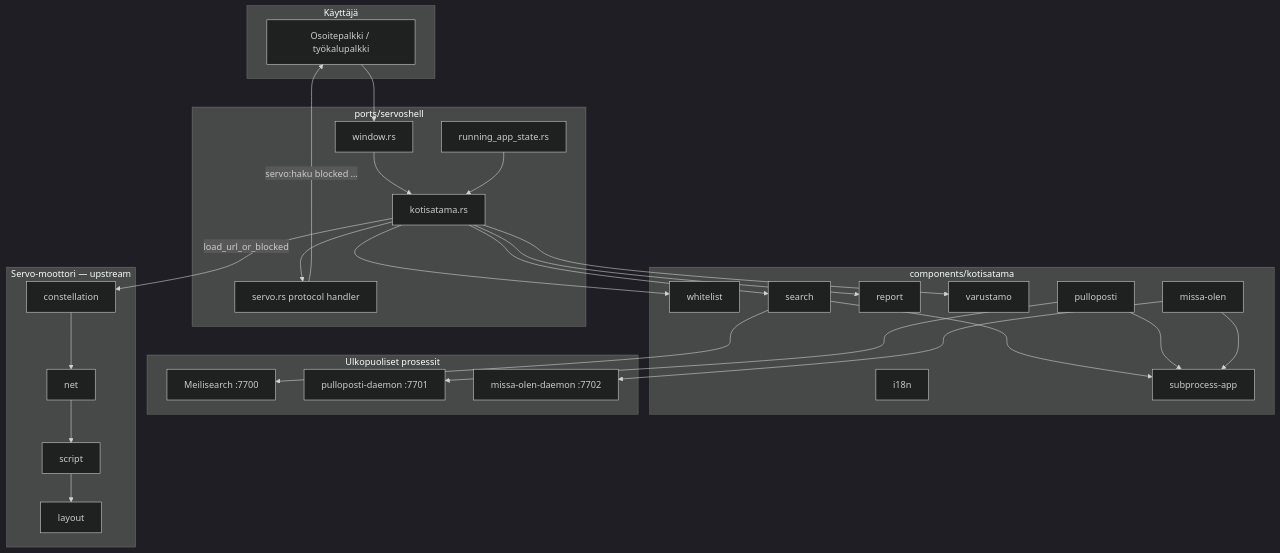
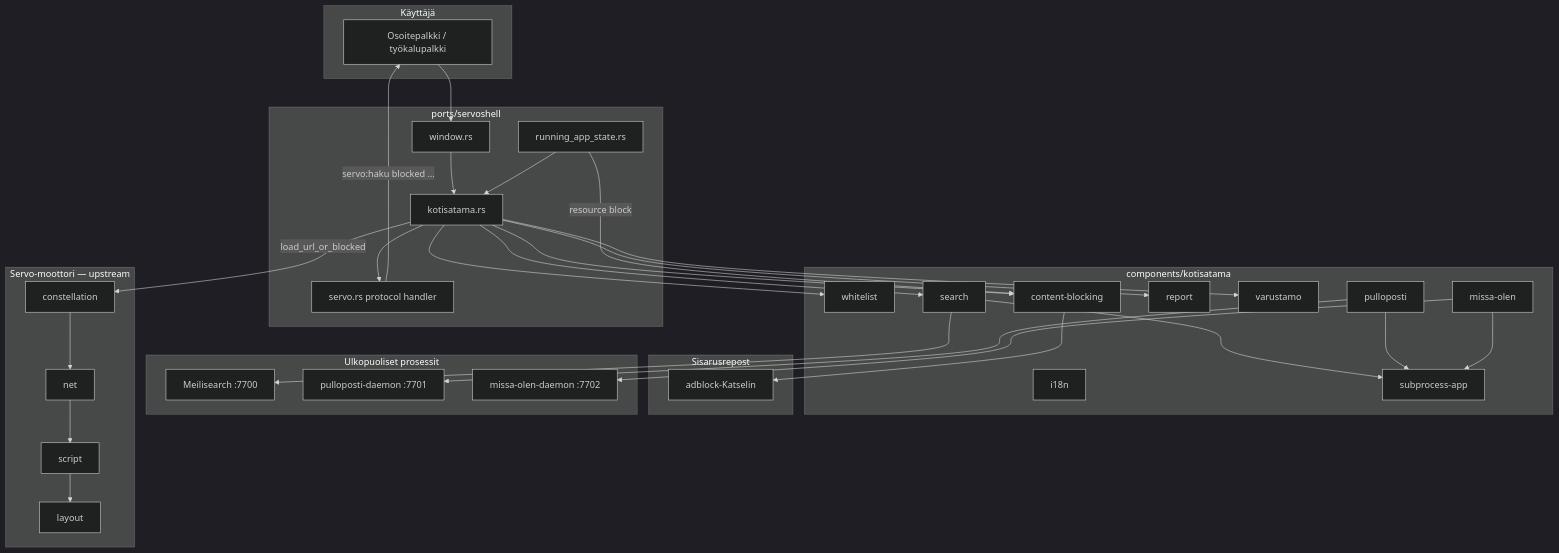
One commit to Mikko-Huuskonen-Pro/Kotisatama changed the diagram in oppiminen/kotisatama/arkkitehtuuri.md. Above: the diagram before and after it, drawn with Mermaid (dark theme). The commit also changed other lines of this file and 31 other files, not shown here.

````diff
--- a/oppiminen/kotisatama/arkkitehtuuri.md
+++ b/oppiminen/kotisatama/arkkitehtuuri.md
@@ -7,55 +10,63 @@
 ```mermaid
 flowchart TB
     subgraph kayttaja [Käyttäjä]
         UI[Osoitepalkki / työkalupalkki]
     end
 
     subgraph embedder [ports/servoshell]
         KS[kotisatama.rs]
         RAS[running_app_state.rs]
         WIN[window.rs]
         SRV[servo.rs protocol handler]
     end
 
     subgraph cratet [components/kotisatama]
         WL[whitelist]
         SR[search]
+        CB[content-blocking]
         RP[report]
         VS[varustamo]
         PP[pulloposti]
         MO[missa-olen]
         I18[i18n]
         SP[subprocess-app]
+    end
+
+    subgraph sisarus [Sisarusrepost]
+        AD[adblock-Katselin]
     end
 
     subgraph ulkoiset [Ulkopuoliset prosessit]
         MS[Meilisearch :7700]
         PD[pulloposti-daemon :7701]
         MD[missa-olen-daemon :7702]
     end
 
     subgraph servo [Servo-moottori — upstream]
         CONST[constellation]
         NET[net]
         SCRIPT[script]
         LAYOUT[layout]
     end
 
     UI --> WIN
     WIN --> KS
     RAS --> KS
     KS --> WL
     KS --> SR
+    KS --> CB
     KS --> RP
     KS --> VS
+    CB --> AD
     SR --> SP
     SR --> MS
     PP --> SP
     PP --> PD
     MO --> SP
     MO --> MD
     KS --> SRV
     SRV -->|servo:haku blocked …| UI
     KS -->|load_url_or_blocked| CONST
+    RAS -->|resource block| CB
     CONST --> NET --> SCRIPT --> LAYOUT
 ```
````
